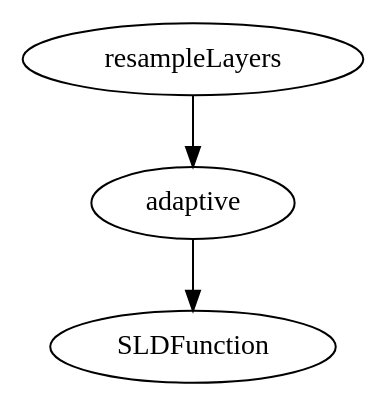
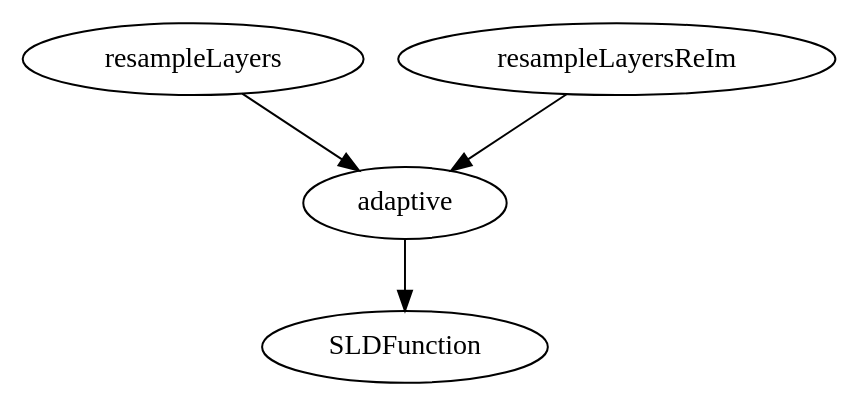
The diagram in master/api_reference/targetFunctions/common/resampleLayers/graph.dot (RascalSoftware/RAT), drawn with Graphviz before and after one commit. The commit also changed 173 other files, not shown here.

```diff
--- a/master/api_reference/targetFunctions/common/resampleLayers/graph.dot
+++ b/master/api_reference/targetFunctions/common/resampleLayers/graph.dot
@@ -1,9 +1,11 @@
 /* Created by mdot for Matlab */
 digraph m2html {
   adaptive -> SLDFunction;
   resampleLayers -> adaptive;
+  resampleLayersReIm -> adaptive;
 
   SLDFunction [URL="SLDFunction.html"];
   adaptive [URL="adaptive.html"];
   resampleLayers [URL="resampleLayers.html"];
+  resampleLayersReIm [URL="resampleLayersReIm.html"];
 }
```
